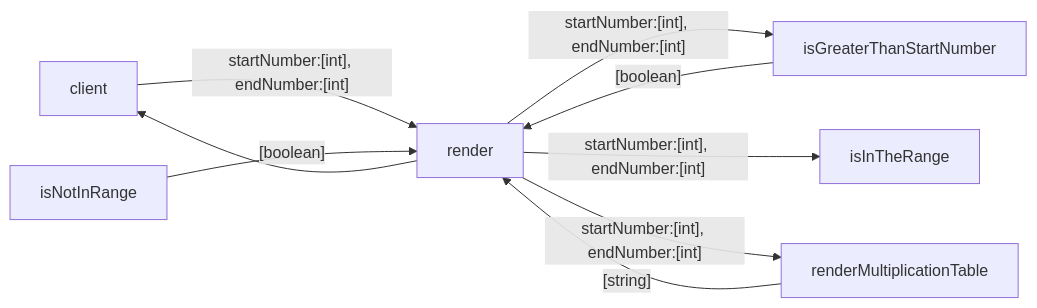
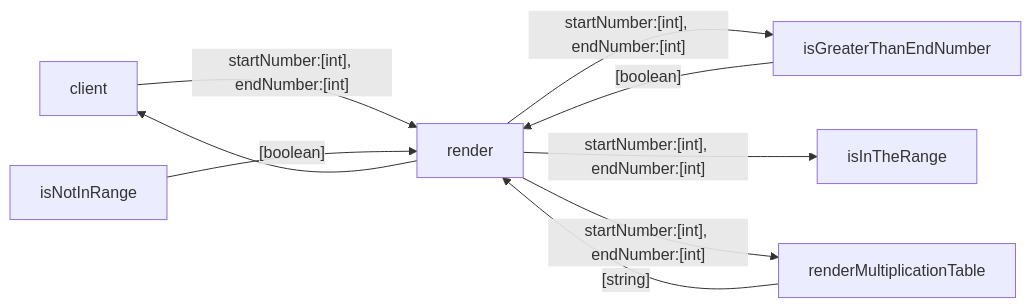
The diagram in README.md (TWA-Agile-Full-Stack-Bootcamp-2022/MultiplicationTable), drawn with Mermaid before and after one commit. The commit also changed other lines of this file and 2 other files, not shown here.

Commit message:
feat: should return true when call isGreaterThanEndNumber given start number equals with end number is 2

````diff
--- a/README.md
+++ b/README.md
@@ -34,15 +34,15 @@
 ```mermaid
 graph LR
    client -- "startNumber:[int], endNumber:[int]" --> render
    
-   render -- "startNumber:[int], endNumber:[int]" --> isGreaterThanStartNumber
-   isGreaterThanStartNumber -- "[boolean]" --> render
+   render -- "startNumber:[int], endNumber:[int]" --> isGreaterThanEndNumber
+   isGreaterThanEndNumber -- "[boolean]" --> render
    
    render -- "startNumber:[int], endNumber:[int]" --> isInTheRange
    isNotInRange -- "[boolean]" --> render
    
    render -- "startNumber:[int], endNumber:[int]" --> renderMultiplicationTable
    renderMultiplicationTable -- "[string]" --> render
    render --> client
  
 ```
````
